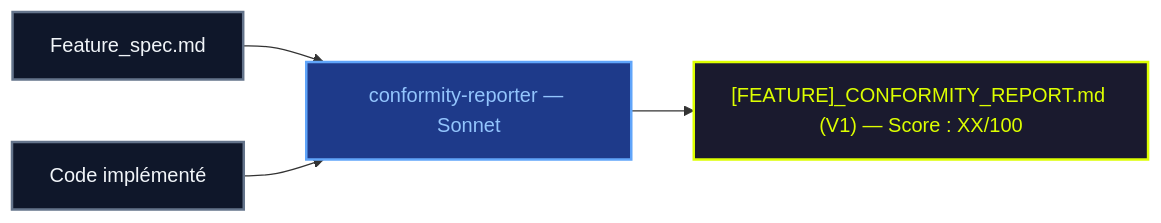
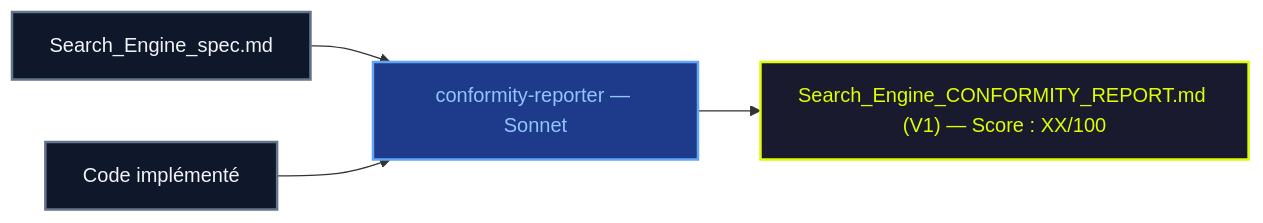
Before and after one commit to fondative/claude-code-ecosystem: diagram 12 of 15 in docs/guide/methodology.md, drawn with Mermaid. The commit also changed other lines of this file and 395 other files, not shown here.

````diff
--- a/docs/guide/methodology.md
+++ b/docs/guide/methodology.md
@@ -518,19 +655,19 @@
 ```mermaid
 graph LR
-    SPEC["Feature_spec.md"]
+    SPEC["Search_Engine_spec.md"]
     CODE["Code implémenté"]
     CR["conformity-reporter — Sonnet"]
-    REPORT["[FEATURE]_CONFORMITY_REPORT.md (V1) — Score : XX/100"]
+    REPORT["Search_Engine_CONFORMITY_REPORT.md (V1) — Score : XX/100"]
 
     SPEC --> CR
     CODE --> CR
     CR --> REPORT
 
     classDef input fill:#0f172a,stroke:#64748b,stroke-width:2px,color:#f1f5f9
     classDef sonnet fill:#1e3a8a,stroke:#60a5fa,stroke-width:2px,color:#93c5fd
     classDef output fill:#1a1a2e,stroke:#ddff00,stroke-width:2px,color:#ddff00
 
     class SPEC,CODE input
     class CR sonnet
     class REPORT output
 ```
````
